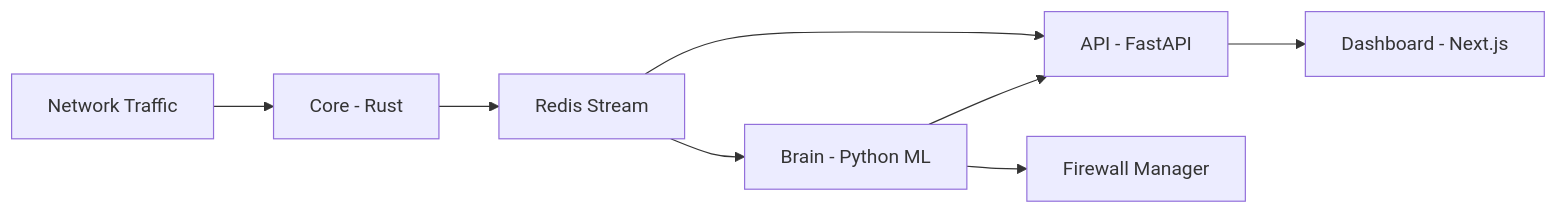
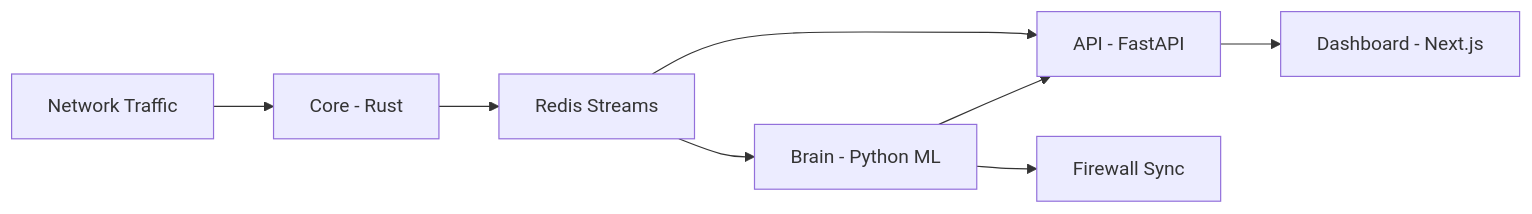
One commit to so1icitx/Revenix changed the diagram in README.md. Above: the diagram before and after it, drawn with Mermaid. The commit also changed other lines of this file and 42 other files, not shown here.

Commit message:
feat: sync firewall reliability, auth wiring, docs cleanup, and README updates

````diff
--- a/README.md
+++ b/README.md
@@ -41,10 +31,10 @@
 ```mermaid
 graph LR
     A[Network Traffic] --> B[Core - Rust]
-    B --> C[Redis Stream]
+    B --> C[Redis Streams]
     C --> D[Brain - Python ML]
     C --> E[API - FastAPI]
     D --> E
     E --> F[Dashboard - Next.js]
-    D --> G[Firewall Manager]
+    D --> G[Firewall Sync]
 ```
````
